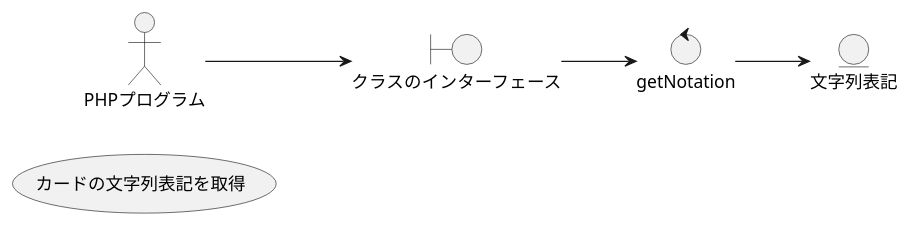
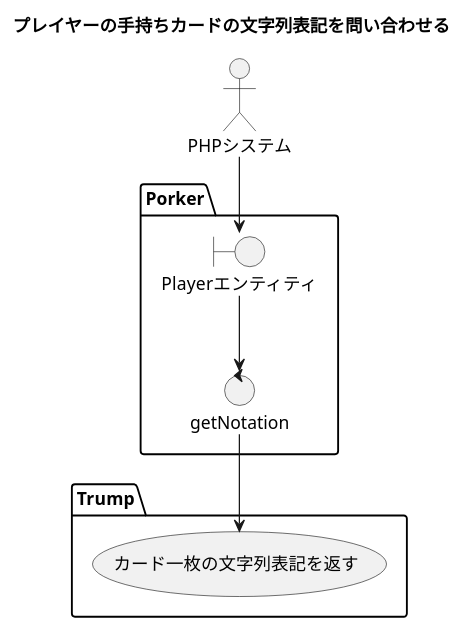
The diagram in docs/analyze/カードの文字列表記を取得.puml (Kimita/mobpair_with_mohira), drawn with PlantUML before and after one commit. The commit also changed 2 other files, not shown here.

Commit message:
前回コミットまでに配置した各種インターフェースに合わせてユースケース図やロバストネス図を更新した。

```diff
--- a/docs/analyze/カードの文字列表記を取得.puml
+++ b/docs/analyze/カードの文字列表記を取得.puml
@@ -1,18 +1,24 @@
 @startuml
 
-usecase カードの文字列表記を取得
+title プレイヤーの手持ちカードの文字列表記を問い合わせる
 
-left to right direction
+''left to right direction
 
-actor PHPプログラム
-boundary クラスのインターフェース
-control getNotation
-entity 文字列表記
+actor PHPシステム
+
+package "Porker" {
+    boundary Playerエンティティ
+    control getNotation
+}
+
+package "Trump" {
+    usecase カード一枚の文字列表記を返す
+}
 
 
-PHPプログラム --> クラスのインターフェース
-クラスのインターフェース --> getNotation
-getNotation --> 文字列表記
+PHPシステム --> Playerエンティティ
+Playerエンティティ --> getNotation
+getNotation --> カード一枚の文字列表記を返す
 
 
 @enduml
```
